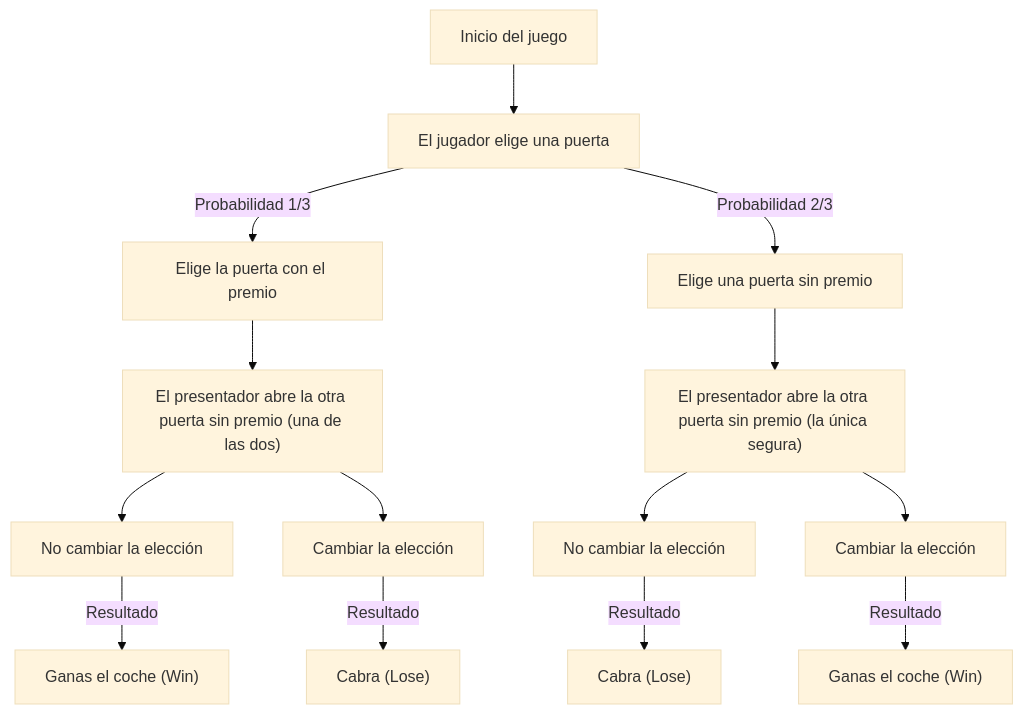
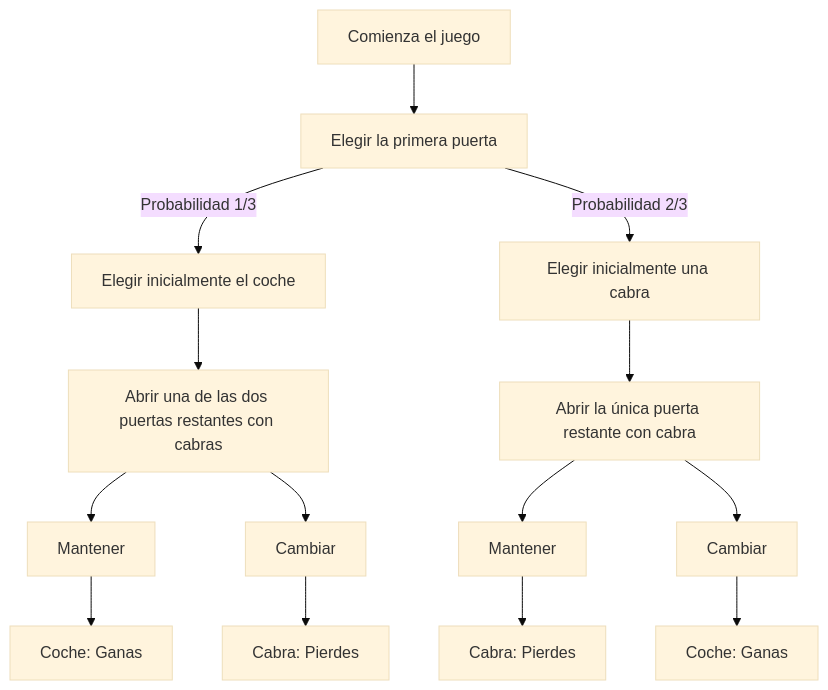
Before and after one commit to kenjinote/blog: the first of 2 diagrams in content/post/paradox-monty-hall-problem/index.es.md, drawn with Mermaid (base theme). The commit also changed other lines of this file and 8 other files, not shown here.

````diff
--- a/content/post/paradox-monty-hall-problem/index.es.md
+++ b/content/post/paradox-monty-hall-problem/index.es.md
@@ -97,21 +53,16 @@
 ```mermaid
 flowchart TD
-    Start["Inicio del juego"] --> Choose["El jugador elige una puerta"]
-    Choose -- "Probabilidad 1/3" --> ChooseCar["Elige la puerta con el premio"]
-    Choose -- "Probabilidad 2/3" --> ChooseGoat["Elige una puerta sin premio"]
-    
-    ChooseCar --> MontyOpensGoat1["El presentador abre la otra puerta sin premio (una de las dos)"]
-    ChooseGoat --> MontyOpensGoat2["El presentador abre la otra puerta sin premio (la única segura)"]
-    
-    MontyOpensGoat1 --> Stay1["No cambiar la elección"]
-    MontyOpensGoat1 --> Switch1["Cambiar la elección"]
-    
-    MontyOpensGoat2 --> Stay2["No cambiar la elección"]
-    MontyOpensGoat2 --> Switch2["Cambiar la elección"]
-    
-    Stay1 -- "Resultado" --> Win1["Ganas el coche (Win)"]
-    Switch1 -- "Resultado" --> Lose1["Cabra (Lose)"]
-    
-    Stay2 -- "Resultado" --> Lose2["Cabra (Lose)"]
-    Switch2 -- "Resultado" --> Win2["Ganas el coche (Win)"]
+    Start["Comienza el juego"] --> Choose["Elegir la primera puerta"]
+    Choose -- "Probabilidad 1/3" --> ChooseCar["Elegir inicialmente el coche"]
+    Choose -- "Probabilidad 2/3" --> ChooseGoat["Elegir inicialmente una cabra"]
+    ChooseCar --> MontyOpensGoat1["Abrir una de las dos puertas restantes con cabras"]
+    ChooseGoat --> MontyOpensGoat2["Abrir la única puerta restante con cabra"]
+    MontyOpensGoat1 --> Stay1["Mantener"]
+    MontyOpensGoat1 --> Switch1["Cambiar"]
+    MontyOpensGoat2 --> Stay2["Mantener"]
+    MontyOpensGoat2 --> Switch2["Cambiar"]
+    Stay1 --> Win1["Coche: Ganas"]
+    Switch1 --> Lose1["Cabra: Pierdes"]
+    Stay2 --> Lose2["Cabra: Pierdes"]
+    Switch2 --> Win2["Coche: Ganas"]
 ```
````
